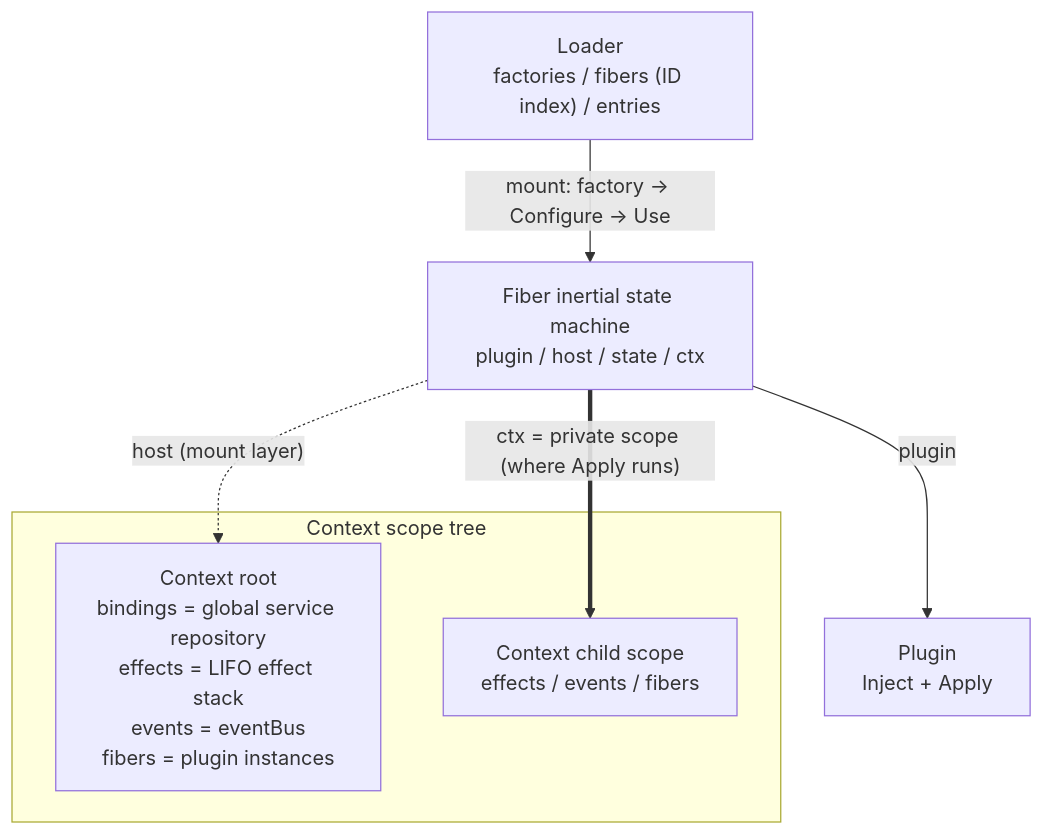
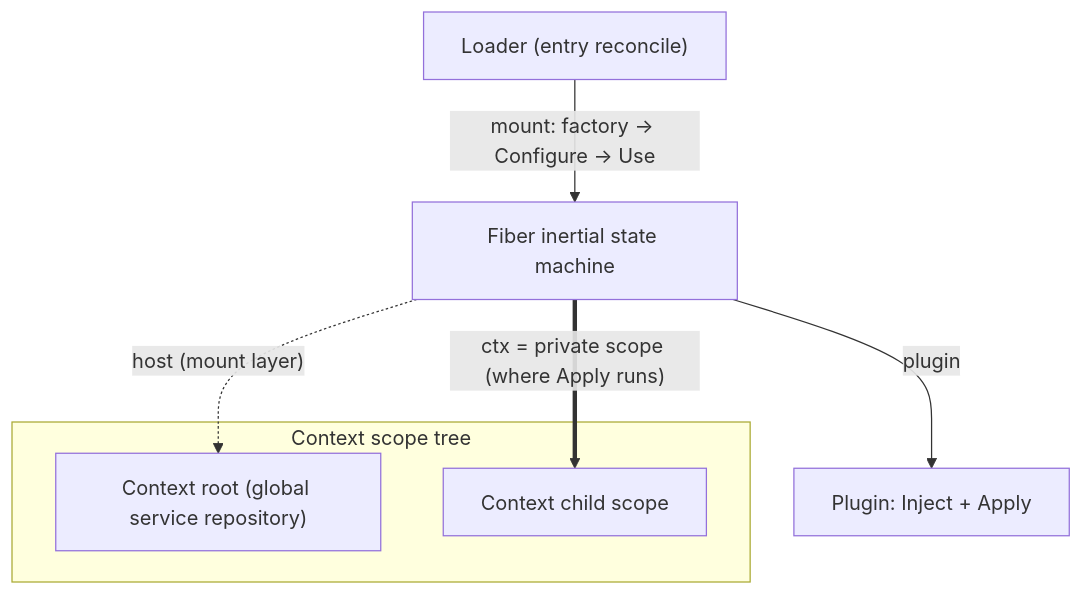
Before and after one commit to Luo-root/pulse: the first of 2 diagrams in kernel/README.md, drawn with Mermaid. The commit also changed 3 other files, not shown here.

Commit message:
fix(site+docs): mermaid 图单行短 label + CJK 行盒度量修正——节点文字完整显示（#123）

````diff
--- a/kernel/README.md
+++ b/kernel/README.md
@@ -38,14 +38,14 @@
 ```mermaid
 flowchart TB
     subgraph tree[Context scope tree]
-        ROOT["Context root<br>bindings = global service repository<br>effects = LIFO effect stack<br>events = eventBus<br>fibers = plugin instances"]
-        CHILD["Context child scope<br>effects / events / fibers"]
+        ROOT["Context root (global service repository)"]
+        CHILD["Context child scope"]
     end
-    LOADER["Loader<br>factories / fibers (ID index) / entries"]
-    FIBER["Fiber inertial state machine<br>plugin / host / state / ctx"]
-    PLUGIN["Plugin<br>Inject + Apply"]
+    LOADER["Loader (entry reconcile)"]
+    FIBER["Fiber inertial state machine"]
+    PLUGIN["Plugin: Inject + Apply"]
     LOADER -- "mount: factory → Configure → Use" --> FIBER
     FIBER -.->|"host (mount layer)"| ROOT
     FIBER ==>|"ctx = private scope (where Apply runs)"| CHILD
     FIBER -- "plugin" --> PLUGIN
 ```
````
